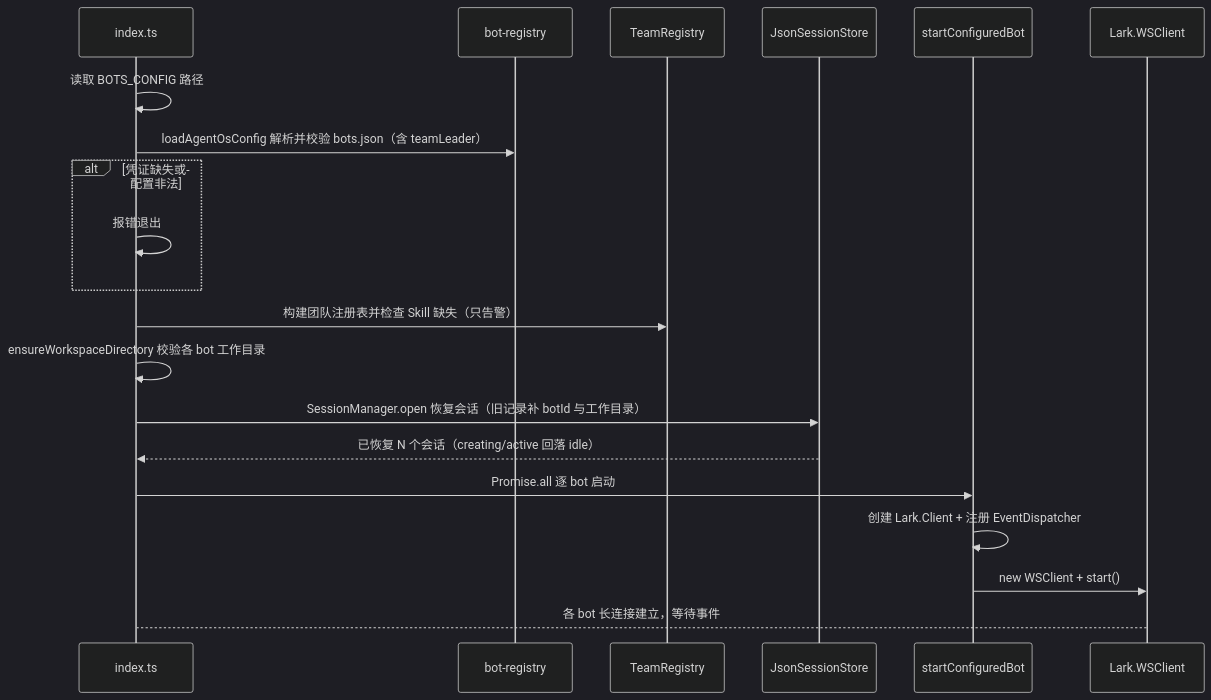
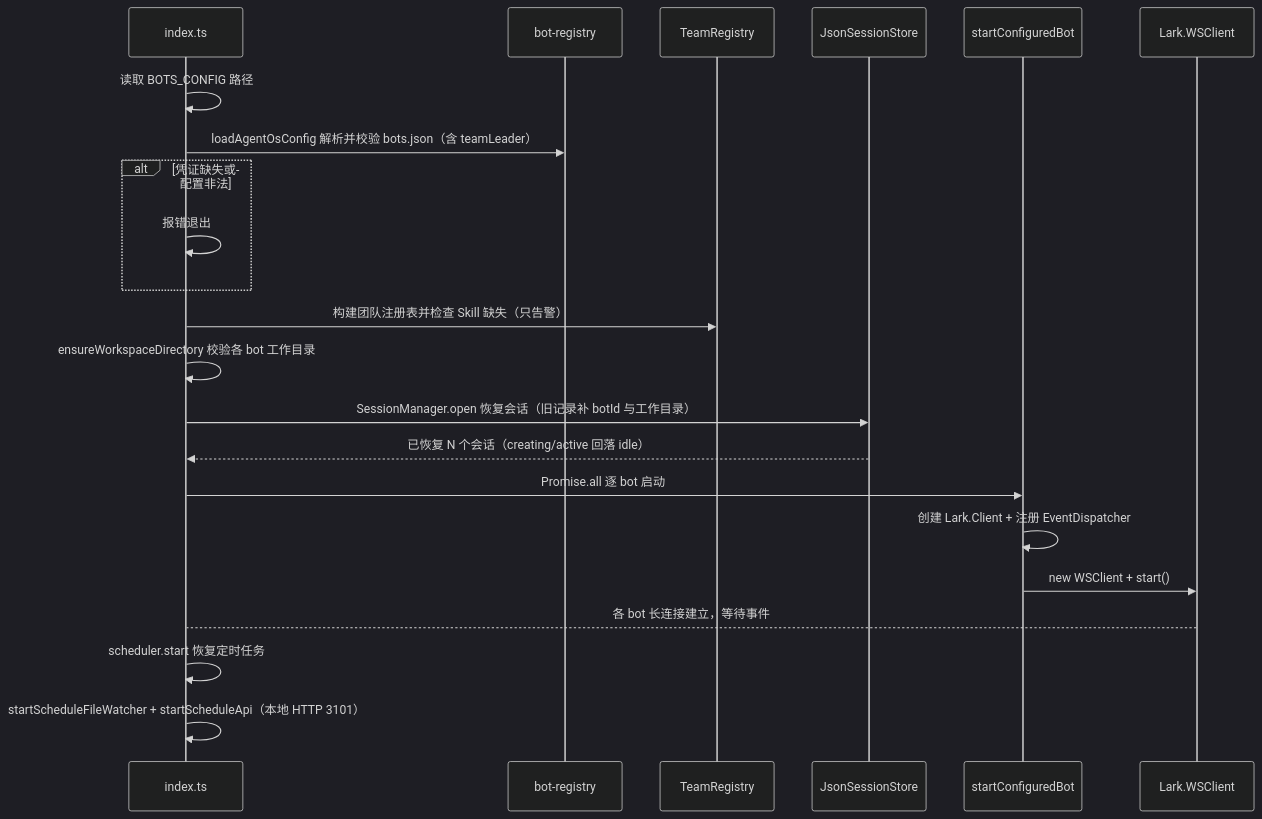
One commit to CerrorJ/Agent-Team changed the second of 2 diagrams in openwiki/architecture/overview.md. Above: the diagram before and after it, drawn with Mermaid (dark theme). The commit also changed other lines of this file and 15 other files, not shown here.

````diff
--- a/openwiki/architecture/overview.md
+++ b/openwiki/architecture/overview.md
@@ -145,23 +152,25 @@
 ```mermaid
 sequenceDiagram
     participant Entry as index.ts
     participant Reg as bot-registry
     participant Team as TeamRegistry
     participant Store as JsonSessionStore
     participant Bot as startConfiguredBot
     participant WS as Lark.WSClient
 
     Entry->>Entry: 读取 BOTS_CONFIG 路径
     Entry->>Reg: loadAgentOsConfig 解析并校验 bots.json（含 teamLeader）
     alt 凭证缺失或配置非法
         Entry->>Entry: 报错退出
     end
     Entry->>Team: 构建团队注册表并检查 Skill 缺失（只告警）
     Entry->>Entry: ensureWorkspaceDirectory 校验各 bot 工作目录
     Entry->>Store: SessionManager.open 恢复会话（旧记录补 botId 与工作目录）
     Store-->>Entry: 已恢复 N 个会话（creating/active 回落 idle）
     Entry->>Bot: Promise.all 逐 bot 启动
     Bot->>Bot: 创建 Lark.Client + 注册 EventDispatcher
     Bot->>WS: new WSClient + start()
     WS-->Entry: 各 bot 长连接建立，等待事件
+    Entry->>Entry: scheduler.start 恢复定时任务
+    Entry->>Entry: startScheduleFileWatcher + startScheduleApi（本地 HTTP 3101）
 ```
````
